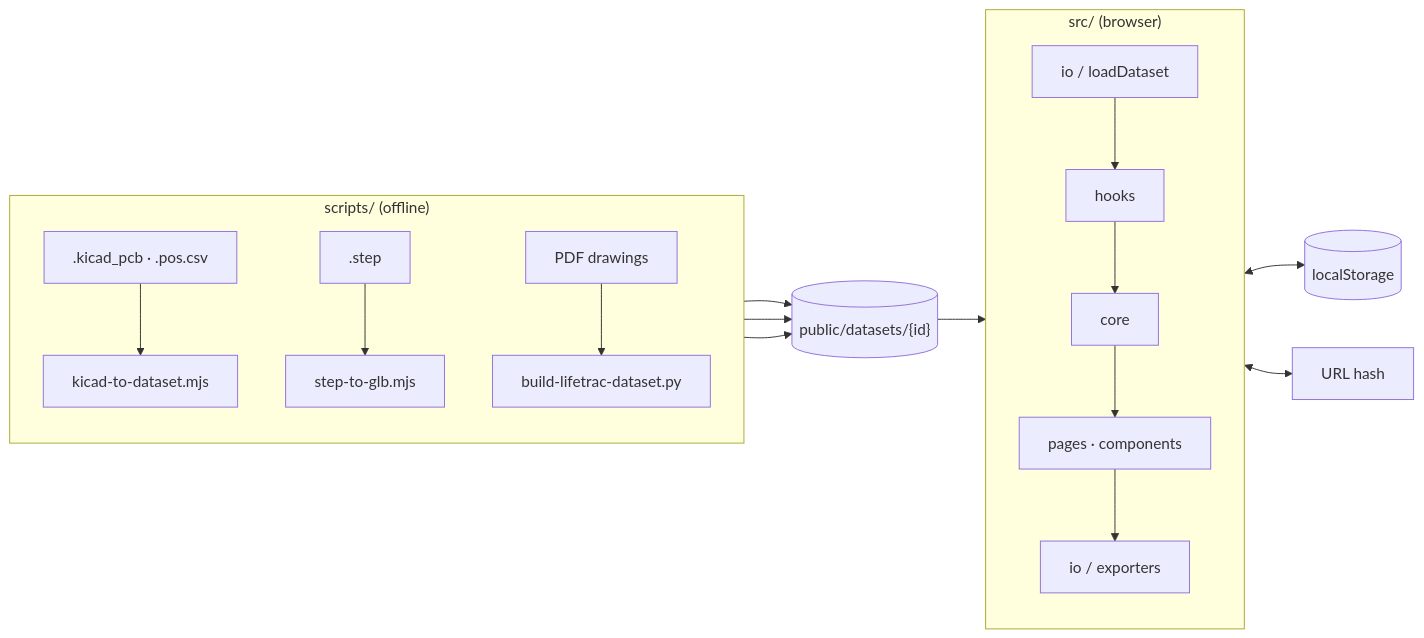
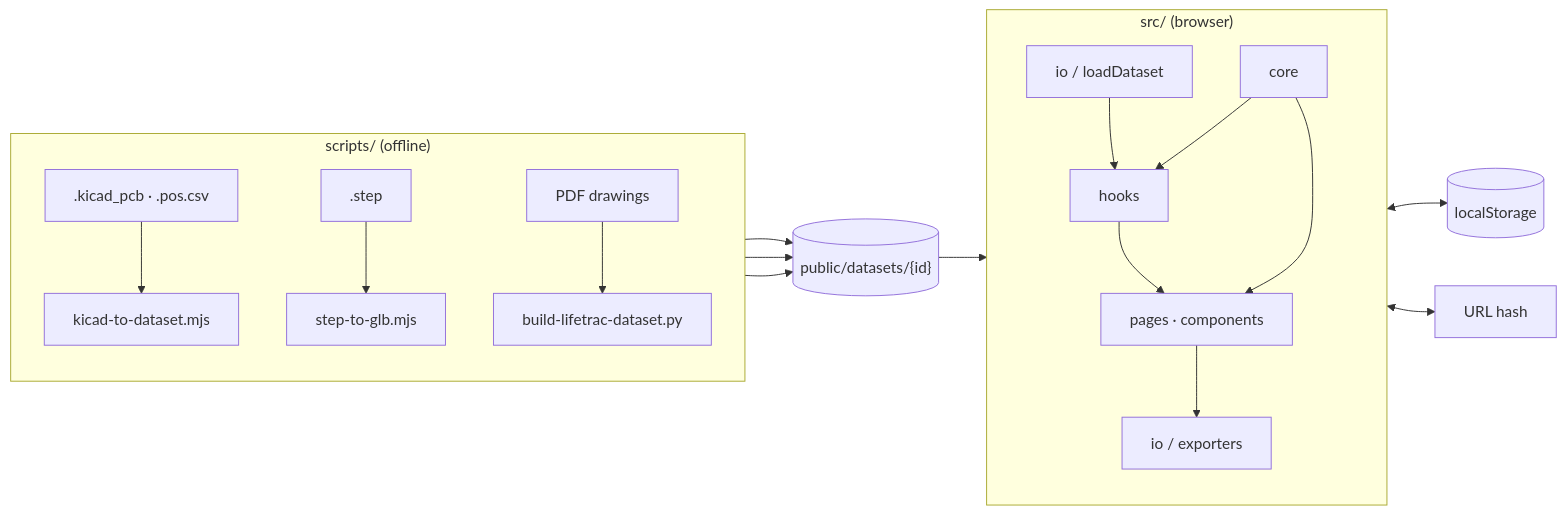
The diagram in README.md (researcherhojin/inspection-dashboard), drawn with Mermaid before and after one commit. The commit also changed other lines of this file and 2 other files, not shown here.

````diff
--- a/README.md
+++ b/README.md
@@ -49,26 +51,27 @@
 ```mermaid
 flowchart LR
   subgraph offline["scripts/ (offline)"]
     direction TB
     kicad[".kicad_pcb · .pos.csv"] --> k2d["kicad-to-dataset.mjs"]
     step[".step"] --> s2g["step-to-glb.mjs"]
     pdf["PDF drawings"] --> p2d["build-lifetrac-dataset.py"]
   end
 
   data[("public/datasets/{id}")]
   k2d --> data
   s2g --> data
   p2d --> data
 
   subgraph browser["src/ (browser)"]
     direction TB
     io["io / loadDataset"] --> hooks["hooks"]
-    hooks --> core["core"]
-    core --> ui["pages · components"]
+    hooks --> ui["pages · components"]
+    core["core"] --> hooks
+    core --> ui
     ui --> out["io / exporters"]
   end
 
   data --> io
   hooks <--> ls[("localStorage")]
   hooks <--> url["URL hash"]
 ```
````
